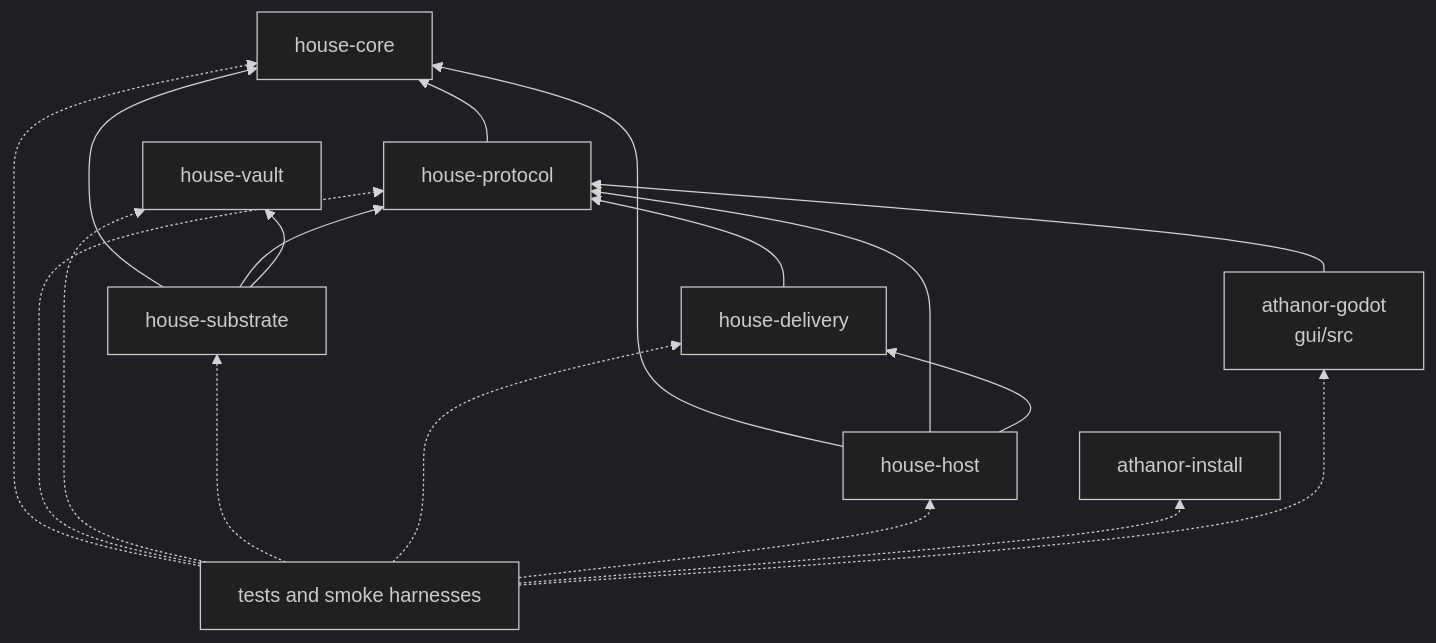
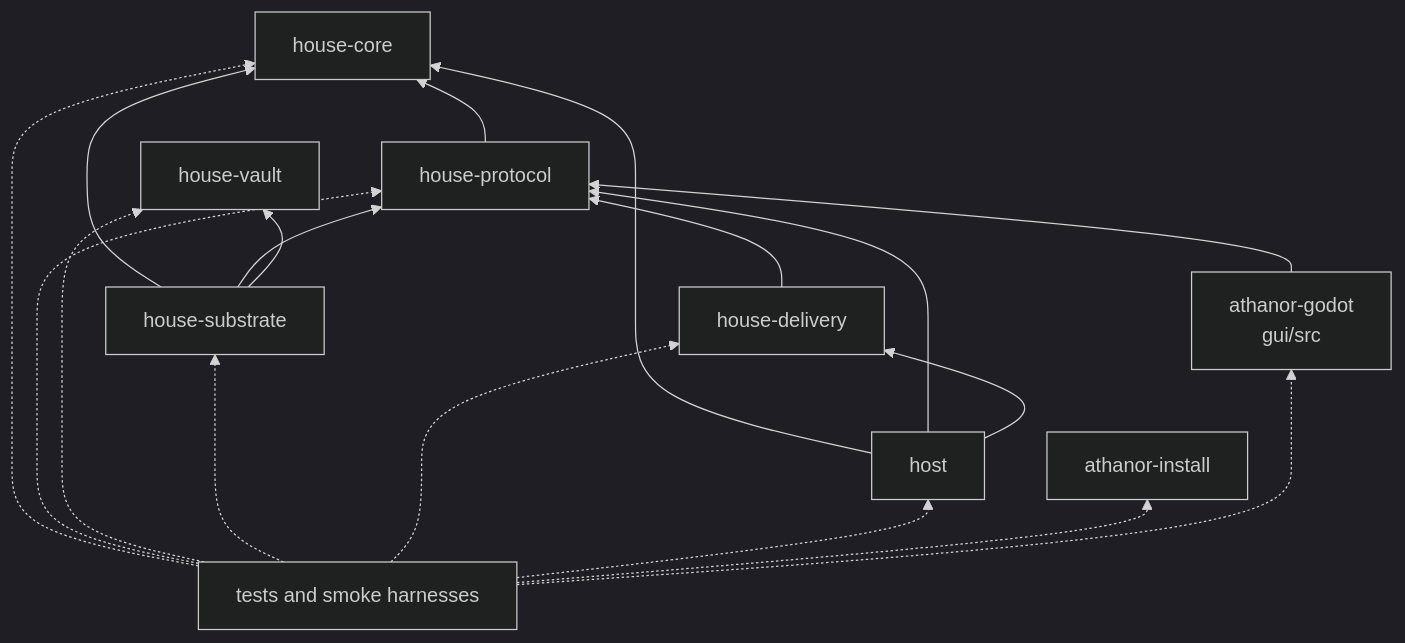
Before and after one commit to solarisael/the-athanor: the second of 16 diagrams in docs/CODE_FLOW_MAP.md, drawn with Mermaid (dark theme). The commit also changed other lines of this file and 55 other files, not shown here.

````diff
--- a/docs/CODE_FLOW_MAP.md
+++ b/docs/CODE_FLOW_MAP.md
@@ -88,30 +88,30 @@
 ```mermaid
 flowchart BT
     Core["house-core"]
     Protocol["house-protocol"]
     Vault["house-vault"]
     Substrate["house-substrate"]
     Delivery["house-delivery"]
-    Host["house-host"]
+    Host["host"]
     Install["athanor-install"]
     Godot["athanor-godot<br/>gui/src"]
 
     Protocol --> Core
     Host --> Core
     Host --> Protocol
     Host --> Delivery
     Substrate --> Core
     Substrate --> Protocol
     Substrate --> Vault
     Delivery --> Protocol
     Godot --> Protocol
 
     Proof["tests and smoke harnesses"] -.-> Core
     Proof -.-> Protocol
     Proof -.-> Vault
     Proof -.-> Substrate
     Proof -.-> Delivery
     Proof -.-> Host
     Proof -.-> Install
     Proof -.-> Godot
 ```
````
